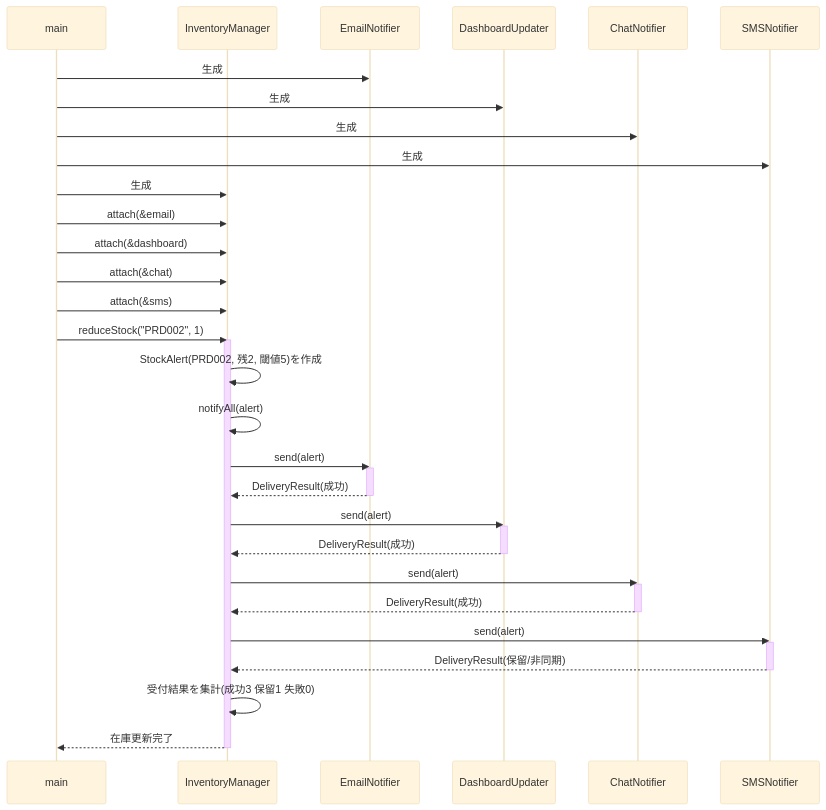
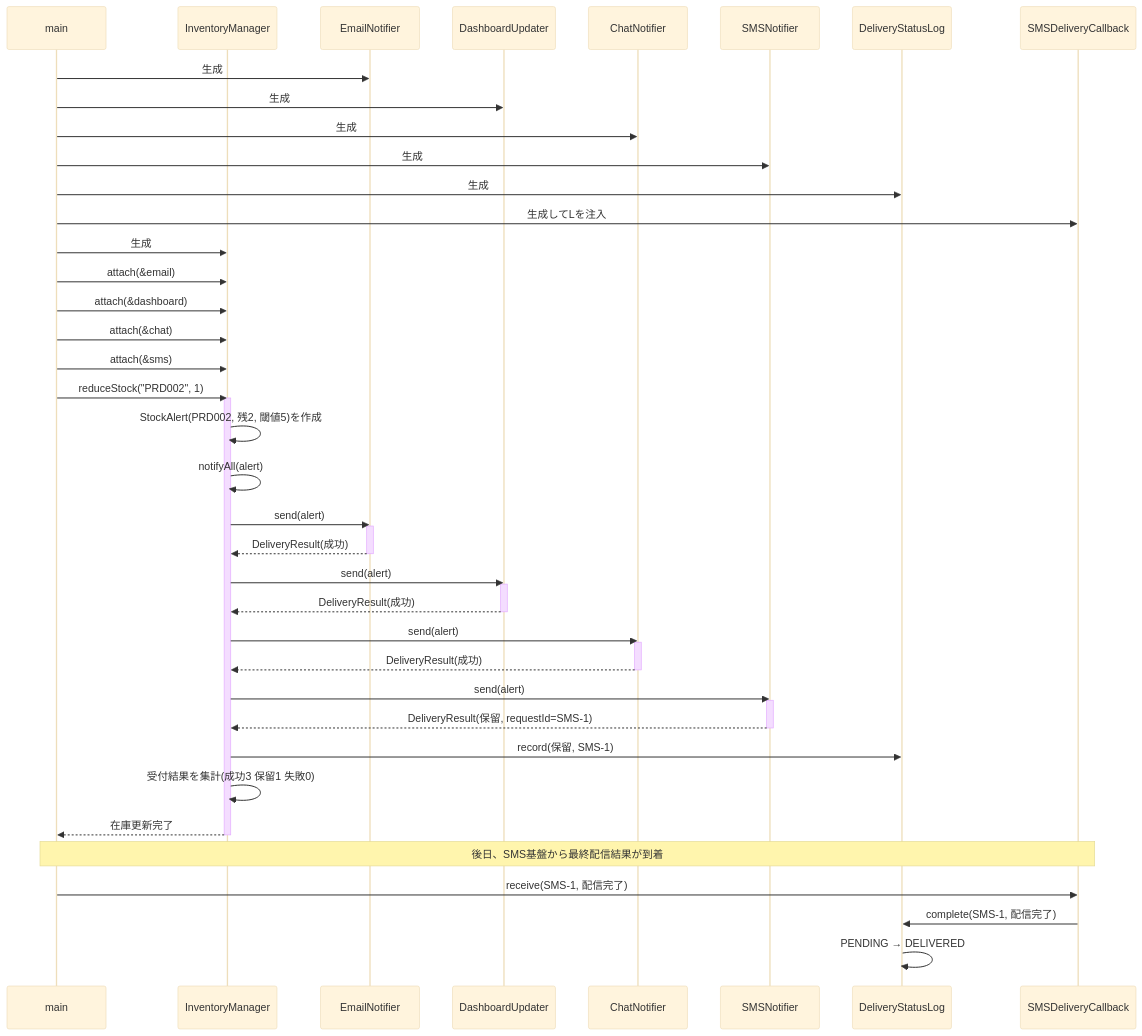
Before and after one commit to kumachan1101-pixel/DesignPattern: diagram 13 of 16 in kindle/design-patterns/output/chapter07.md, drawn with Mermaid (base theme). The commit also changed other lines of this file and 23 other files, not shown here.

````diff
--- a/kindle/design-patterns/output/chapter07.md
+++ b/kindle/design-patterns/output/chapter07.md
@@ -1522,42 +1791,51 @@
 ```mermaid
 sequenceDiagram
     participant M as main
     participant IM as InventoryManager
     participant E as EmailNotifier
     participant D as DashboardUpdater
     participant C as ChatNotifier
     participant S as SMSNotifier
+    participant L as DeliveryStatusLog
+    participant CB as SMSDeliveryCallback
 
     M->>E: 生成
     M->>D: 生成
     M->>C: 生成
     M->>S: 生成
+    M->>L: 生成
+    M->>CB: 生成してLを注入
     M->>IM: 生成
     M->>IM: attach(&email)
     M->>IM: attach(&dashboard)
     M->>IM: attach(&chat)
     M->>IM: attach(&sms)
     M->>IM: reduceStock("PRD002", 1)
     activate IM
     IM->>IM: StockAlert(PRD002, 残2, 閾値5)を作成
     IM->>IM: notifyAll(alert)
     IM->>E: send(alert)
     activate E
     E-->>IM: DeliveryResult(成功)
     deactivate E
     IM->>D: send(alert)
     activate D
     D-->>IM: DeliveryResult(成功)
     deactivate D
     IM->>C: send(alert)
     activate C
     C-->>IM: DeliveryResult(成功)
     deactivate C
     IM->>S: send(alert)
     activate S
-    S-->>IM: DeliveryResult(保留/非同期)
+    S-->>IM: DeliveryResult(保留, requestId=SMS-1)
     deactivate S
+    IM->>L: record(保留, SMS-1)
     IM->>IM: 受付結果を集計(成功3 保留1 失敗0)
     IM-->>M: 在庫更新完了
     deactivate IM
+    Note over M,CB: 後日、SMS基盤から最終配信結果が到着
+    M->>CB: receive(SMS-1, 配信完了)
+    CB->>L: complete(SMS-1, 配信完了)
+    L->>L: PENDING → DELIVERED
 ```
````
